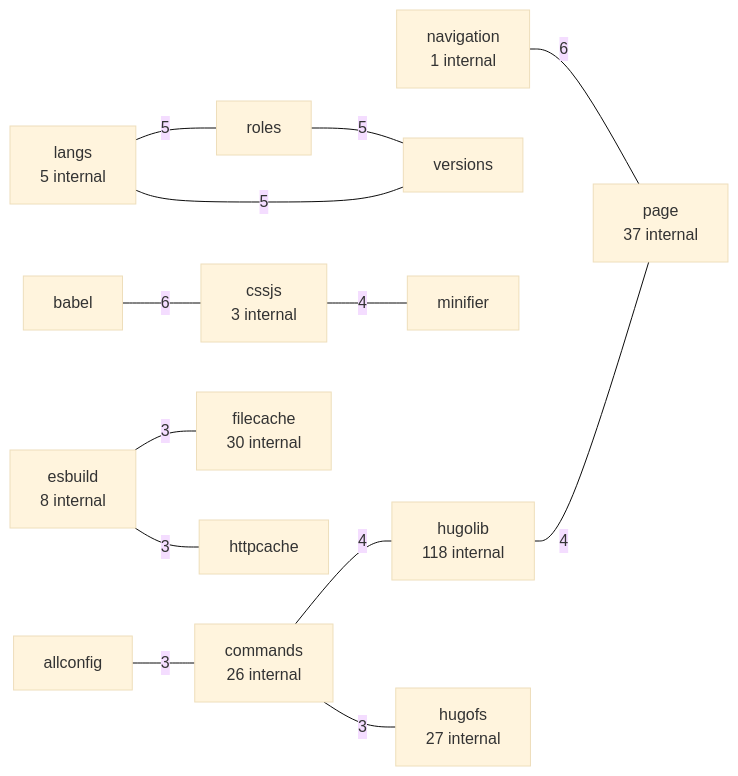
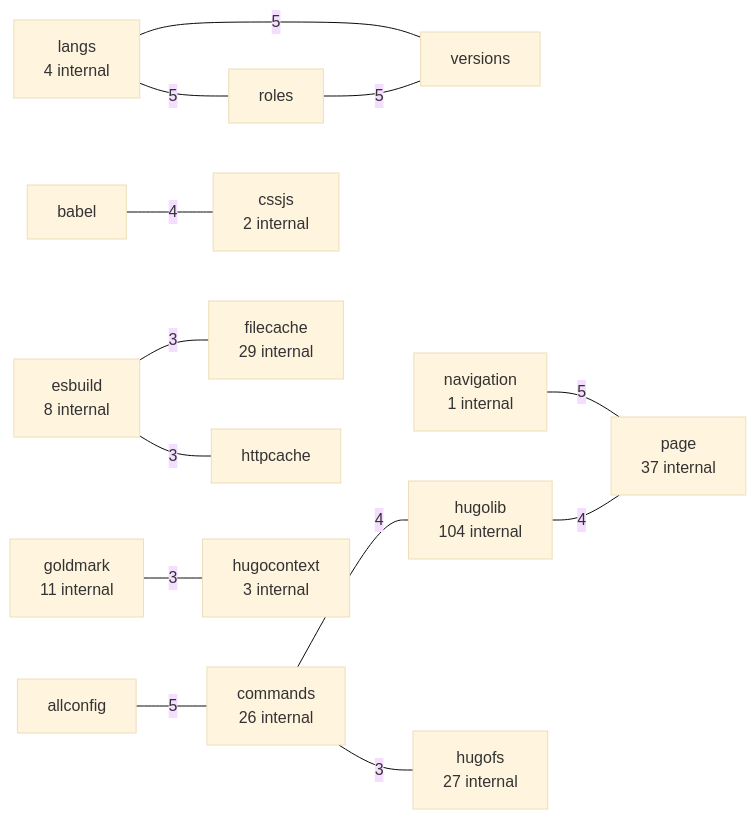
The second of 3 diagrams in examples/hugo.md (LukasSelin/doppel), drawn with Mermaid (base theme) before and after one commit. The commit also changed other lines of this file and 6 other files, not shown here.

````diff
--- a/examples/hugo.md
+++ b/examples/hugo.md
@@ -123,30 +123,31 @@
 ```mermaid
 flowchart LR
-    p0["babel"]
-    p1["cssjs<br/>3 internal"]
-    p0 ---|"6"| p1
-    p2["navigation<br/>1 internal"]
-    p3["page<br/>37 internal"]
-    p2 ---|"6"| p3
-    p4["langs<br/>5 internal"]
-    p5["roles"]
-    p4 ---|"5"| p5
-    p6["versions"]
-    p4 ---|"5"| p6
+    p0["allconfig"]
+    p1["commands<br/>26 internal"]
+    p0 ---|"5"| p1
+    p2["langs<br/>4 internal"]
+    p3["roles"]
+    p2 ---|"5"| p3
+    p4["versions"]
+    p2 ---|"5"| p4
+    p5["navigation<br/>1 internal"]
+    p6["page<br/>37 internal"]
     p5 ---|"5"| p6
-    p7["commands<br/>26 internal"]
-    p8["hugolib<br/>118 internal"]
+    p3 ---|"5"| p4
+    p7["babel"]
+    p8["cssjs<br/>2 internal"]
     p7 ---|"4"| p8
-    p9["minifier"]
+    p9["hugolib<br/>104 internal"]
     p1 ---|"4"| p9
-    p8 ---|"4"| p3
-    p10["allconfig"]
-    p10 ---|"3"| p7
-    p11["hugofs<br/>27 internal"]
-    p7 ---|"3"| p11
-    p12["esbuild<br/>8 internal"]
-    p13["filecache<br/>30 internal"]
-    p12 ---|"3"| p13
-    p14["httpcache"]
-    p12 ---|"3"| p14
+    p9 ---|"4"| p6
+    p10["hugofs<br/>27 internal"]
+    p1 ---|"3"| p10
+    p11["esbuild<br/>8 internal"]
+    p12["filecache<br/>29 internal"]
+    p11 ---|"3"| p12
+    p13["httpcache"]
+    p11 ---|"3"| p13
+    p14["goldmark<br/>11 internal"]
+    p15["hugocontext<br/>3 internal"]
+    p14 ---|"3"| p15
 ```
````
